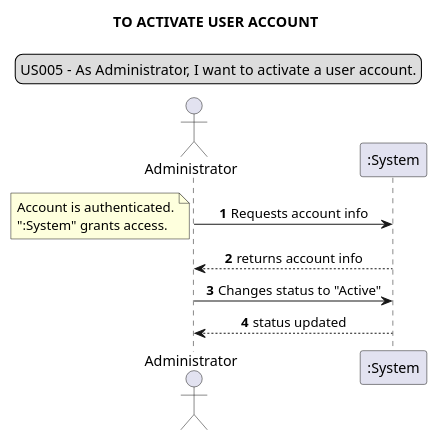
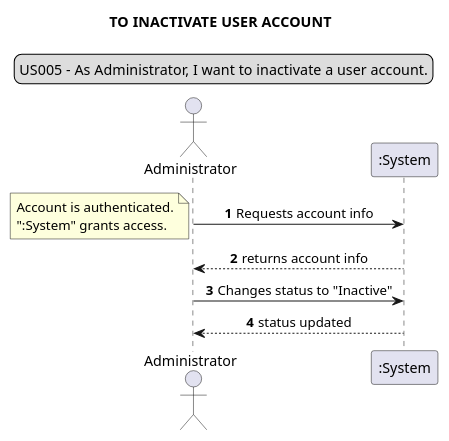
The seventh of 26 diagrams in docs/requirements_gathering/system_sequence_diagrams/System_Sequence_Diagram.puml (Loracline/project_switch_22-23), drawn with PlantUML before and after one commit. The commit also changed 6 other files, not shown here.

Commit message:
Sequence Diagrams | Update and refinement according to new version

```diff
--- a/docs/requirements_gathering/system_sequence_diagrams/System_Sequence_Diagram.puml
+++ b/docs/requirements_gathering/system_sequence_diagrams/System_Sequence_Diagram.puml
@@ -106,17 +105,17 @@
 @startuml
 legend top
-US005 - As Administrator, I want to activate a user account.
+US005 - As Administrator, I want to inactivate a user account.
 end legend
 skinparam sequenceMessageAlign center
-title TO ACTIVATE USER ACCOUNT
+title TO INACTIVATE USER ACCOUNT
 actor Administrator
 autonumber
 Administrator -> ":System": Requests account info
 note left
 Account is authenticated.
 ":System" grants access.
 end note
-":System" --> Administrator: returns account info
-Administrator -> ":System": Changes status to "Active"
+Administrator <-- ":System": returns account info
+Administrator -> ":System": Changes status to "Inactive"
 ":System" --> Administrator: status updated
 @enduml
```
